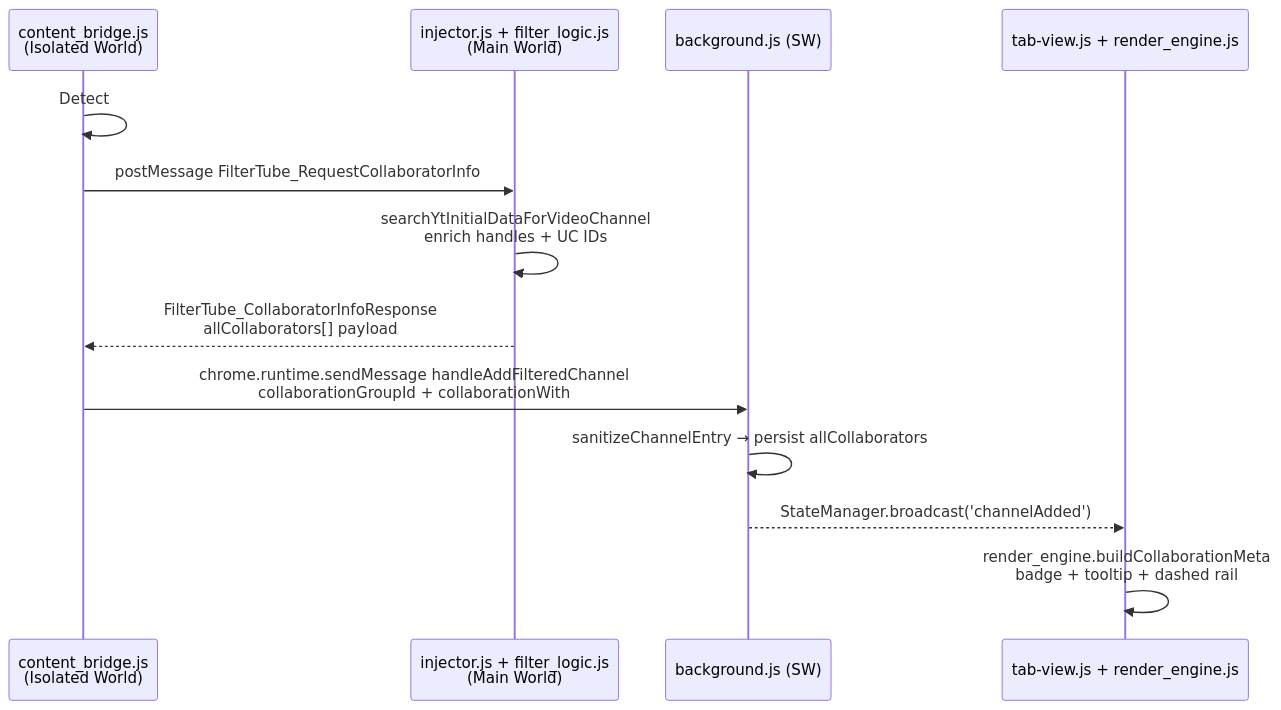
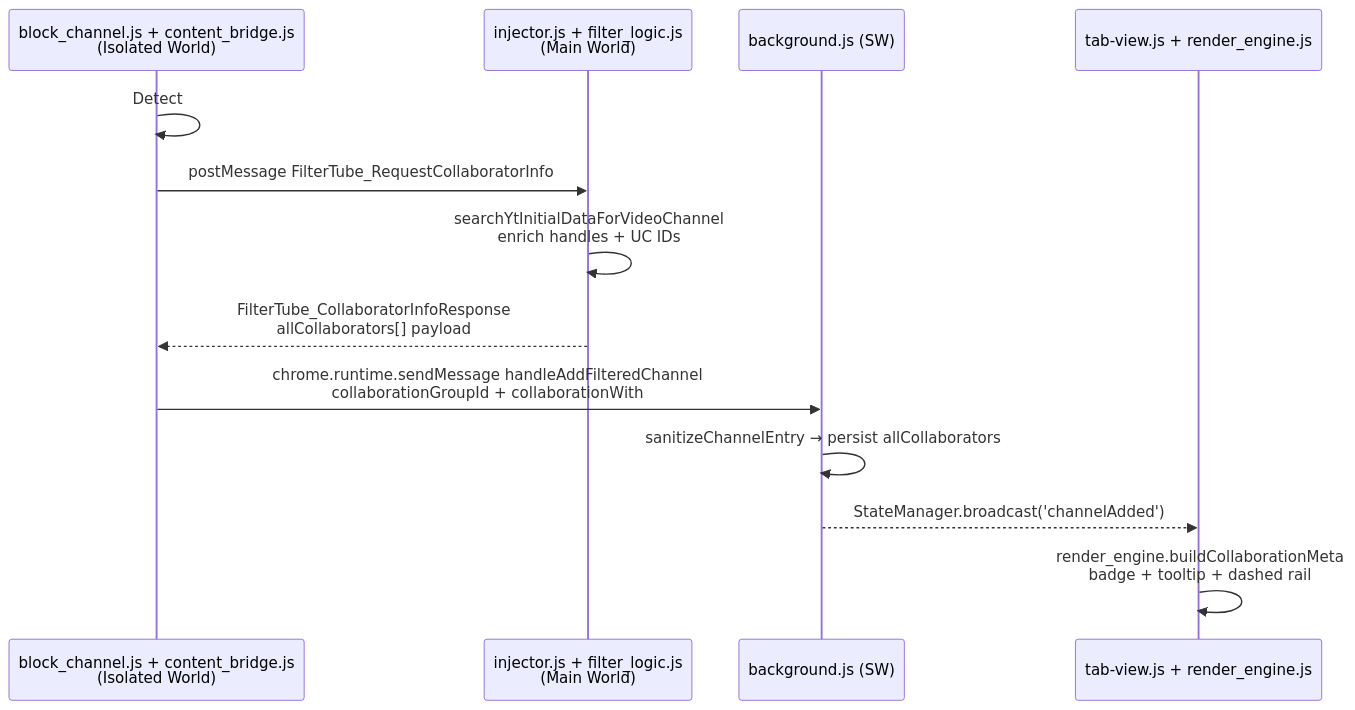
The second of 2 diagrams in docs/ARCHITECTURE.md (varshneydevansh/FilterTube), drawn with Mermaid before and after one commit. The commit also changed other lines of this file and 25 other files, not shown here.

````diff
--- a/docs/ARCHITECTURE.md
+++ b/docs/ARCHITECTURE.md
@@ -152,16 +152,16 @@
 ```mermaid
 sequenceDiagram
-    participant DOM as content_bridge.js<br/>(Isolated World)
+    participant DOM as block_channel.js + content_bridge.js<br/>(Isolated World)
     participant MW as injector.js + filter_logic.js<br/>(Main World)
     participant BG as background.js (SW)
     participant UI as tab-view.js + render_engine.js
 
     DOM->>DOM: Detect #attributed-channel-name<br/>parse collaborators
     DOM->>MW: postMessage FilterTube_RequestCollaboratorInfo
     MW->>MW: searchYtInitialDataForVideoChannel<br/>enrich handles + UC IDs
     MW-->>DOM: FilterTube_CollaboratorInfoResponse<br/>allCollaborators[] payload
     DOM->>BG: chrome.runtime.sendMessage handleAddFilteredChannel<br/>collaborationGroupId + collaborationWith
     BG->>BG: sanitizeChannelEntry → persist allCollaborators
     BG-->>UI: StateManager.broadcast('channelAdded')
     UI->>UI: render_engine.buildCollaborationMeta<br/>badge + tooltip + dashed rail
 ```
````
